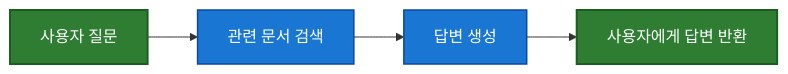
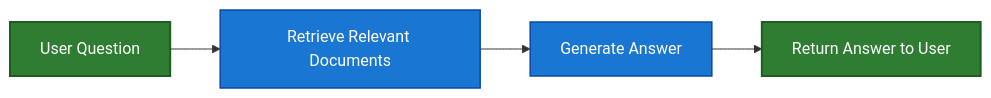
Before and after one commit to jeongsk/langchain-docs: the second of 4 diagrams in src-ko/oss/langchain/retrieval.mdx, drawn with Mermaid. The commit also changed other lines of this file and 835 other files, not shown here.

````diff
--- a/src-ko/oss/langchain/retrieval.mdx
+++ b/src-ko/oss/langchain/retrieval.mdx
@@ -136,13 +137,13 @@
 ```mermaid
 graph LR
-    A[사용자 질문] --> B["관련 문서 검색"]
-    B --> C["답변 생성"]
-    C --> D[사용자에게 답변 반환]
+    A[User Question] --> B["Retrieve Relevant Documents"]
+    B --> C["Generate Answer"]
+    C --> D[Return Answer to User]
 
     %% Styling
     classDef startend fill:#2e7d32,stroke:#1b5e20,stroke-width:2px,color:#fff
     classDef process fill:#1976d2,stroke:#0d47a1,stroke-width:1.5px,color:#fff
 
     class A,D startend
     class B,C process
 ```
````
